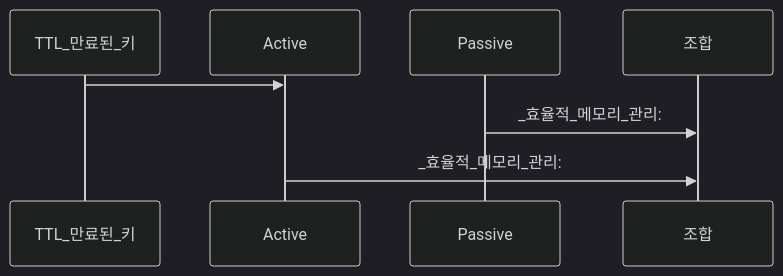
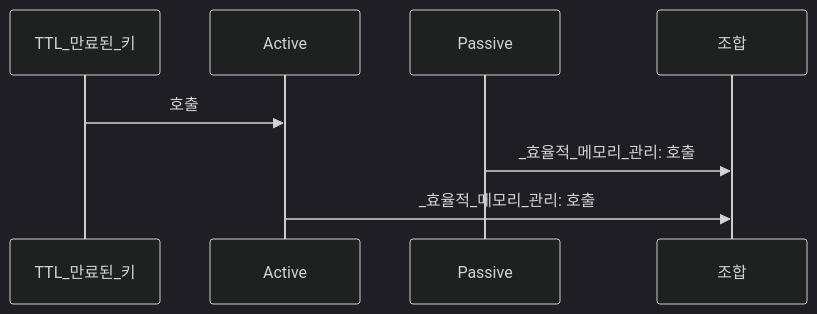
The third of 3 diagrams in _posts/redis/2026-05-01-redis-ttl.md (yjkim2015/yjkim2015.github.io), drawn with Mermaid (dark theme) before and after one commit. The commit also changed 85 other files, not shown here.

First line of the commit message:
sequenceDiagram 문법 에러 2차 수정 169개 (86파일)

````diff
--- a/_posts/redis/2026-05-01-redis-ttl.md
+++ b/_posts/redis/2026-05-01-redis-ttl.md
@@ -87,6 +87,6 @@
 ```mermaid
 sequenceDiagram
-    TTL_만료된_키->>Active:
-    Passive->>조합:_효율적_메모리_관리:
-    Active->>조합:_효율적_메모리_관리:
+    TTL_만료된_키->>Active: 호출
+    Passive->>조합:_효율적_메모리_관리: 호출
+    Active->>조합:_효율적_메모리_관리: 호출
 ```
````
